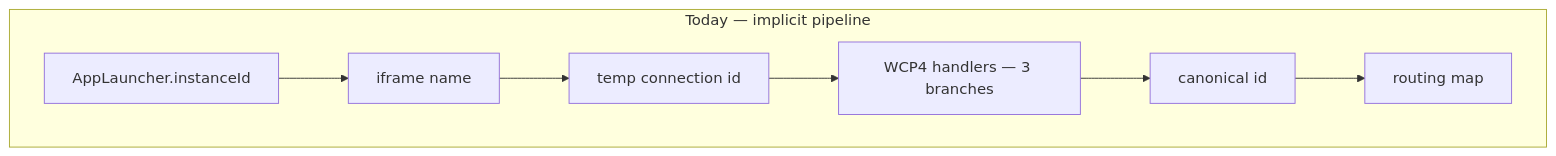
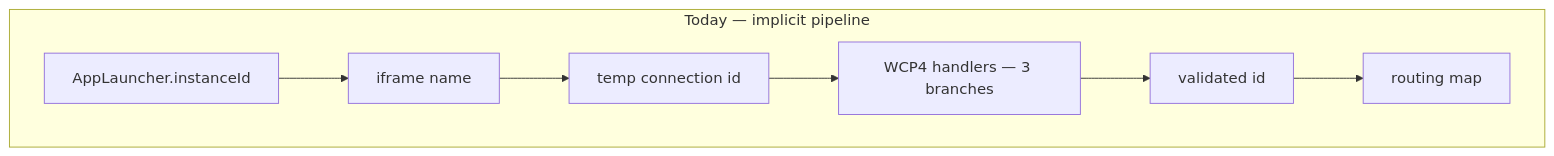
The second of 2 diagrams in website/docs/packages/desktop-agent/integrator-guide.md (SeeWhatsOn/FDC3-Sail), drawn with Mermaid before and after one commit. The commit also changed other lines of this file and 33 other files, not shown here.

First line of the commit message:
refactor: rename WCP canonical instanceId to validated

````diff
--- a/website/docs/packages/desktop-agent/integrator-guide.md
+++ b/website/docs/packages/desktop-agent/integrator-guide.md
@@ -759,12 +759,12 @@
 ```mermaid
 flowchart TB
   subgraph today ["Today — implicit pipeline"]
     L1[AppLauncher.instanceId]
     I1[iframe name]
     T1[temp connection id]
     W4[WCP4 handlers — 3 branches]
-    C1[canonical id]
+    C1[validated id]
     R1[routing map]
     L1 --> I1 --> T1 --> W4 --> C1 --> R1
   end
 ```
````
